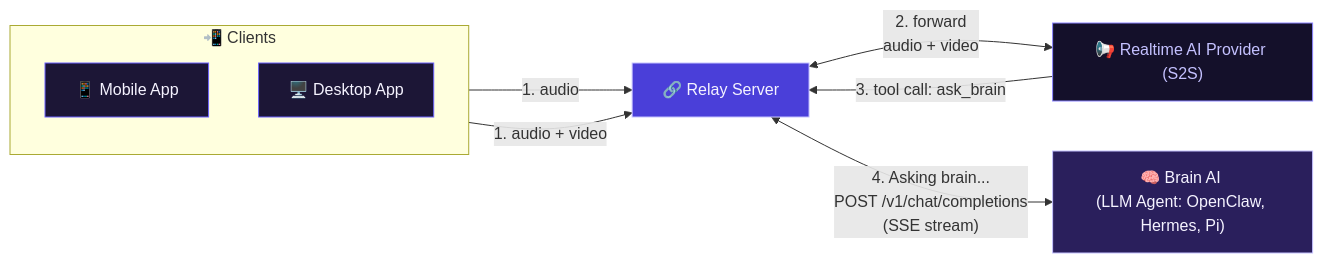
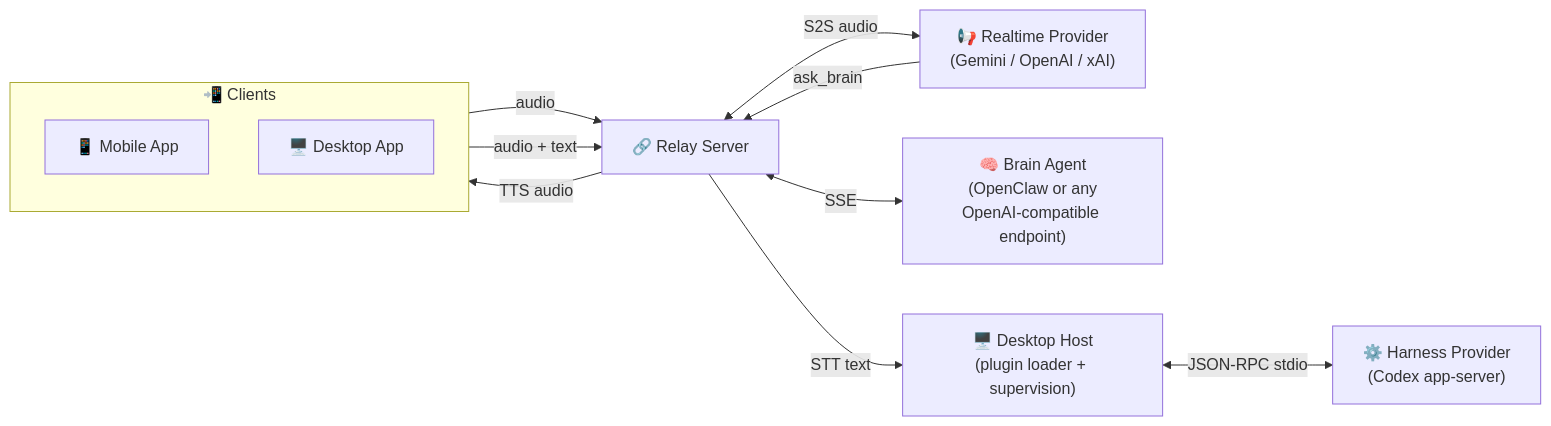
One commit to chen-zhip/voiceclaw changed the diagram in README.md. Above: the diagram before and after it, drawn with Mermaid. The commit also changed other lines of this file and 217 other files, not shown here.

Commit message:
feat: deliver accepted Codex desktop voice prototype

````diff
--- a/README.md
+++ b/README.md
@@ -91,27 +32,16 @@
 ```mermaid
----
-config:
-  layout: dagre
----
 flowchart LR
  subgraph Clients["📲 Clients"]
     direction TB
-        Mobile["📱 Mobile App<br>"]
-        Desktop["🖥️ Desktop App<br>"]
+        Mobile["📱 Mobile App"]
+        Desktop["🖥️ Desktop App"]
   end
-    Mobile -- "1. audio" --> Relay["🔗 Relay Server<br>"]
-    Desktop -- "1. audio + video" --> Relay
-    Relay <-- "2. forward<br>audio + video" --> Provider["📢 Realtime AI Provider (S2S)"]
-    Relay <-- "4. Asking brain...</br>POST /v1/chat/completions</br>(SSE stream)" --> Brain["🧠 Brain AI <br>(LLM Agent: OpenClaw, Hermes, Pi)<br>"]
-    Provider -- "3. tool call: ask_brain" --> Relay
-
-     Mobile:::clientStyle
-     Desktop:::clientStyle
-     Relay:::relayStyle
-     Provider:::providerStyle
-     Brain:::brainStyle
-    classDef clientStyle fill:#1c1636,stroke:#6c63ff,color:#f5f3ff
-    classDef relayStyle fill:#4a3fd9,stroke:#c4c1ff,color:#f5f3ff
-    classDef providerStyle fill:#14102a,stroke:#8b84ff,color:#c4c1ff
-    classDef brainStyle fill:#2a1f5c,stroke:#c4c1ff,color:#f5f3ff
+    Mobile -- audio --> Relay["🔗 Relay Server"]
+    Desktop -- audio + text --> Relay
+    Relay <-- S2S audio --> Provider["📢 Realtime Provider<br>(Gemini / OpenAI / xAI)"]
+    Provider -- ask_brain --> Relay
+    Relay <-- SSE --> Brain["🧠 Brain Agent<br>(OpenClaw or any<br>OpenAI-compatible endpoint)"]
+    Relay -- STT text --> Host["🖥️ Desktop Host<br>(plugin loader + supervision)"]
+    Host <-- JSON-RPC stdio --> Harness["⚙️ Harness Provider<br>(Codex app-server)"]
+    Relay -- TTS audio --> Desktop
 ```
````
